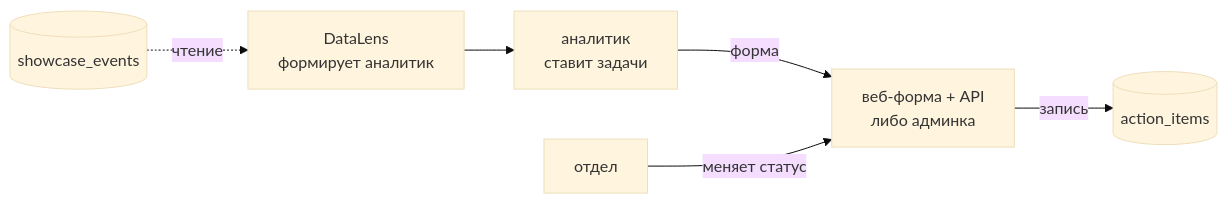
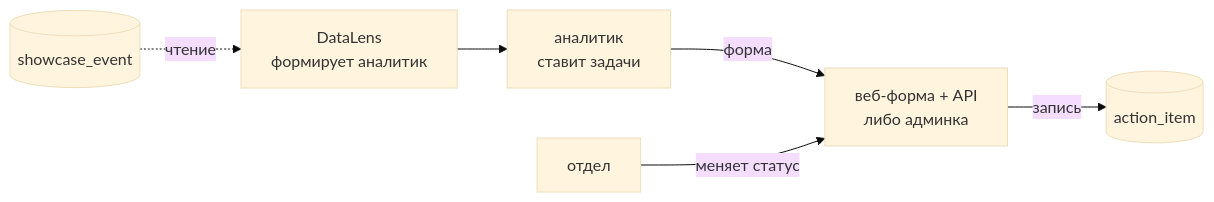
One commit to aslan-py/kodik changed the sixth of 7 diagrams in ABOUT_PROJECT/ABOUT.md. Above: the diagram before and after it, drawn with Mermaid (base theme). The commit also changed other lines of this file and 27 other files, not shown here.

````diff
--- a/ABOUT_PROJECT/ABOUT.md
+++ b/ABOUT_PROJECT/ABOUT.md
@@ -511,6 +511,6 @@
 ```mermaid
 flowchart LR
-  DB[(showcase_events)] -.чтение.-> DL[DataLens<br/>формирует аналитик] --> AN[аналитик<br/>ставит задачи]
-  AN -->|форма| API[веб-форма + API<br/>либо админка] -->|запись| AI[(action_items)]
+  DB[(showcase_event)] -.чтение.-> DL[DataLens<br/>формирует аналитик] --> AN[аналитик<br/>ставит задачи]
+  AN -->|форма| API[веб-форма + API<br/>либо админка] -->|запись| AI[(action_item)]
   DEP[отдел] -->|меняет статус| API
 ```
````
